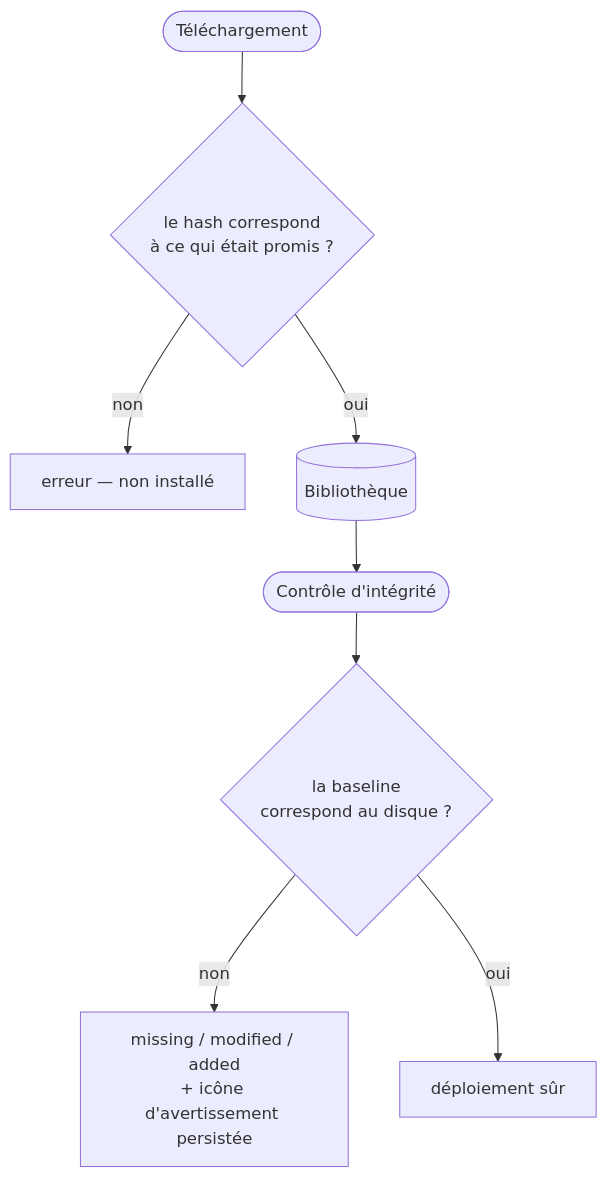
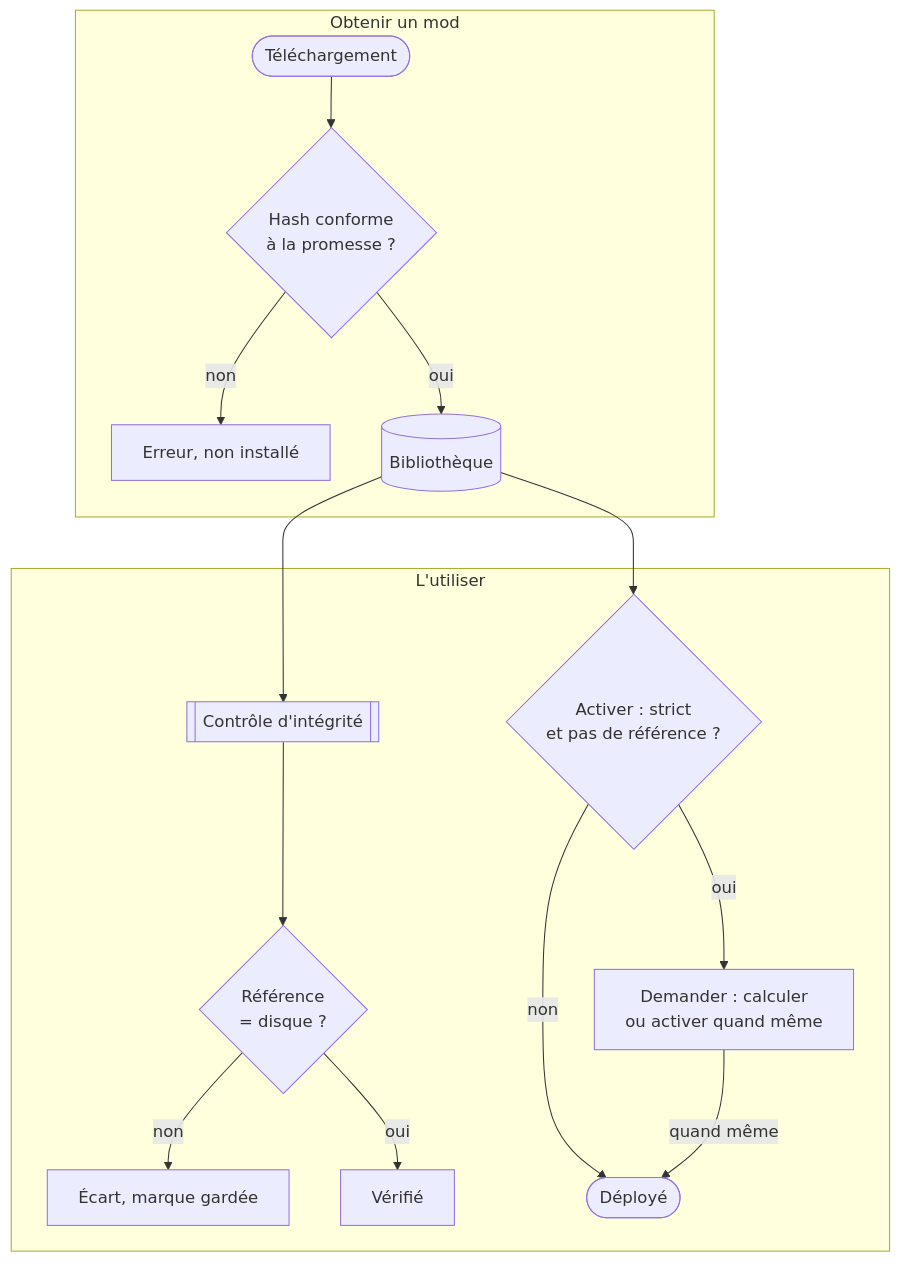
The second of 2 diagrams in frontend/assets/docs/fr/how-it-works/integrity-hashing.md (FreeProject089/BetterModsManager), drawn with Mermaid before and after one commit. The commit also changed other lines of this file and 176 other files, not shown here.

````diff
--- a/frontend/assets/docs/fr/how-it-works/integrity-hashing.md
+++ b/frontend/assets/docs/fr/how-it-works/integrity-hashing.md
@@ -138,9 +176,18 @@
 ```mermaid
-flowchart TB
-    DL([Téléchargement]) --> V1{"le hash correspond<br/>à ce qui était promis ?"}
-    V1 -- non --> HALT["erreur — non installé"]
-    V1 -- oui --> LIB[(Bibliothèque)]
-    LIB --> CHK([Contrôle d'intégrité]) --> V2{"la baseline<br/>correspond au disque ?"}
-    V2 -- non --> FLAG["missing / modified / added<br/>+ icône d'avertissement persistée"]
-    V2 -- oui --> GAME["déploiement sûr"]
+flowchart TD
+    subgraph IN["Obtenir un mod"]
+        DL([Téléchargement]) --> V1{"Hash conforme<br/>à la promesse ?"}
+        V1 -- non --> HALT["Erreur, non installé"]
+        V1 -- oui --> LIB[(Bibliothèque)]
+    end
+    subgraph USE["L'utiliser"]
+        LIB --> CHK[[Contrôle d'intégrité]]
+        CHK --> V2{"Référence<br/>= disque ?"}
+        V2 -- non --> FLAG["Écart, marque gardée"]
+        V2 -- oui --> SAFE["Vérifié"]
+        LIB --> EN{"Activer : strict<br/>et pas de référence ?"}
+        EN -- oui --> ASK["Demander : calculer<br/>ou activer quand même"]
+        EN -- non --> GAME([Déployé])
+        ASK -- quand même --> GAME
+    end
 ```
````
